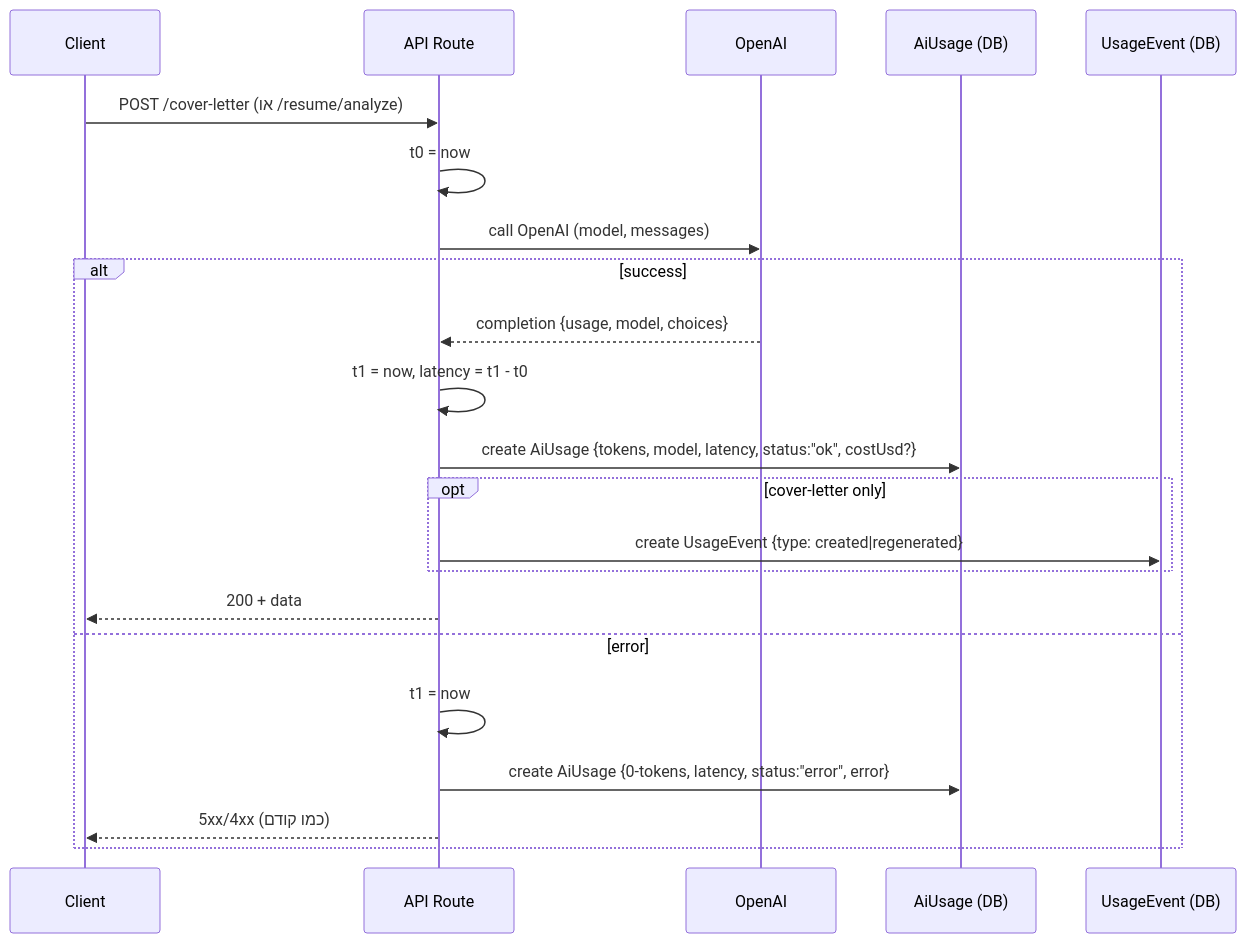
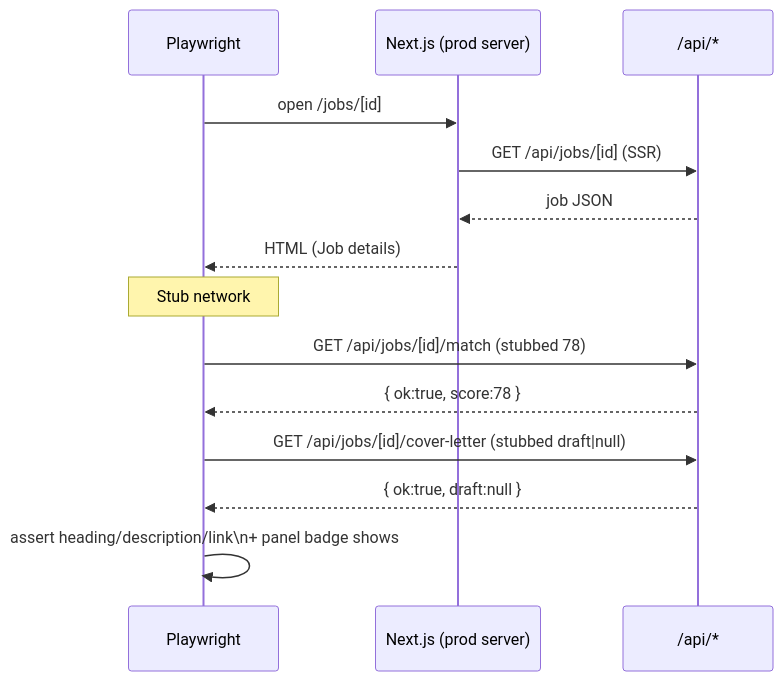
The second of 2 diagrams in README.md (itayshabtay452/job-ai-app), drawn with Mermaid before and after one commit. The commit also changed other lines of this file, not shown here.

Commit message:
fix(api): make match route params async for Next 15

````diff
--- a/README.md
+++ b/README.md
@@ -43,25 +56,16 @@
 ```mermaid
 sequenceDiagram
-  participant C as Client
-  participant API as API Route
-  participant O as OpenAI
-  participant U as AiUsage (DB)
-  participant E as UsageEvent (DB)
-
-  C->>API: POST /cover-letter (או /resume/analyze)
-  API->>API: t0 = now
-  API->>O: call OpenAI (model, messages)
-  alt success
-    O-->>API: completion {usage, model, choices}
-    API->>API: t1 = now, latency = t1 - t0
-    API->>U: create AiUsage {tokens, model, latency, status:"ok", costUsd?}
-    opt cover-letter only
-      API->>E: create UsageEvent {type: created|regenerated}
-    end
-    API-->>C: 200 + data
-  else error
-    API->>API: t1 = now
-    API->>U: create AiUsage {0-tokens, latency, status:"error", error}
-    API-->>C: 5xx/4xx (כמו קודם)
-  end
+  participant T as Playwright
+  participant App as Next.js (prod server)
+  participant API as /api/*
+  T->>App: open /jobs/[id]
+  App->>API: GET /api/jobs/[id] (SSR)
+  API-->>App: job JSON
+  App-->>T: HTML (Job details)
+  Note over T: Stub network
+  T->>API: GET /api/jobs/[id]/match  (stubbed 78)
+  API-->>T: { ok:true, score:78 }
+  T->>API: GET /api/jobs/[id]/cover-letter (stubbed draft|null)
+  API-->>T: { ok:true, draft:null }
+  T->>T: assert heading/description/link\n+ panel badge shows
 ```
````
